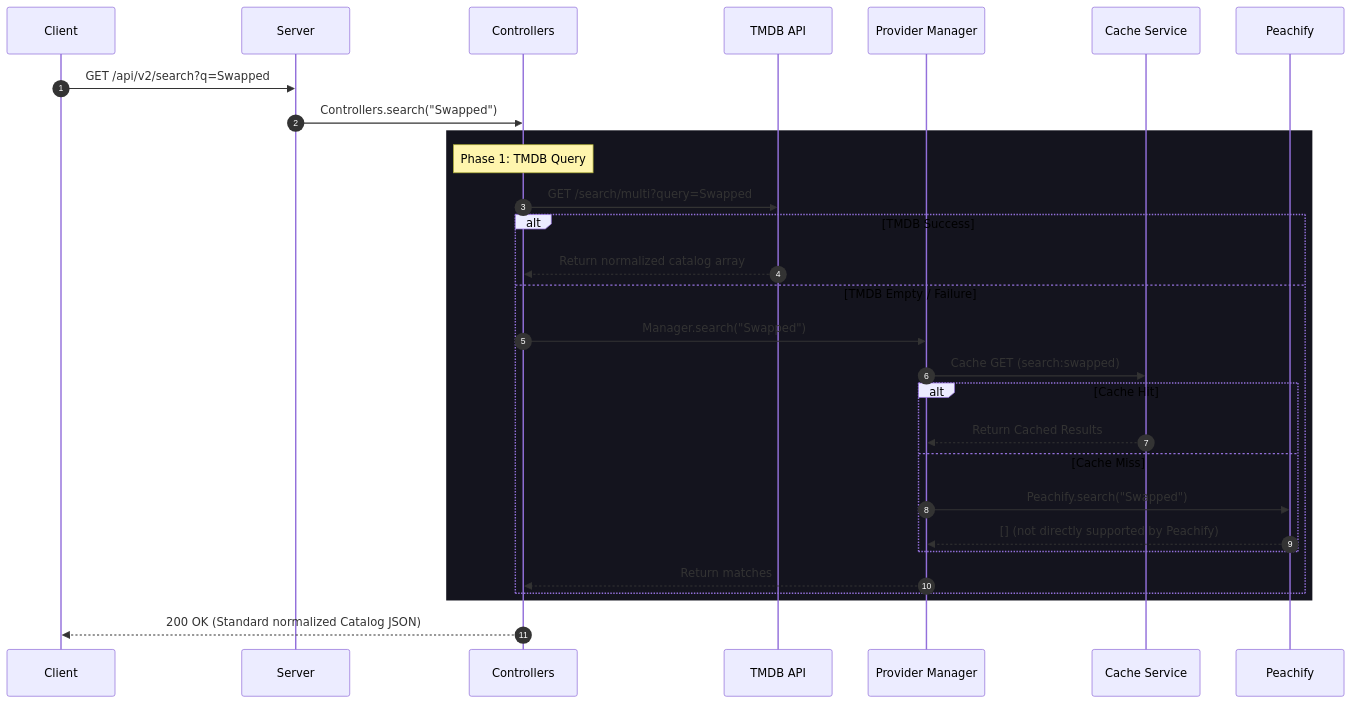
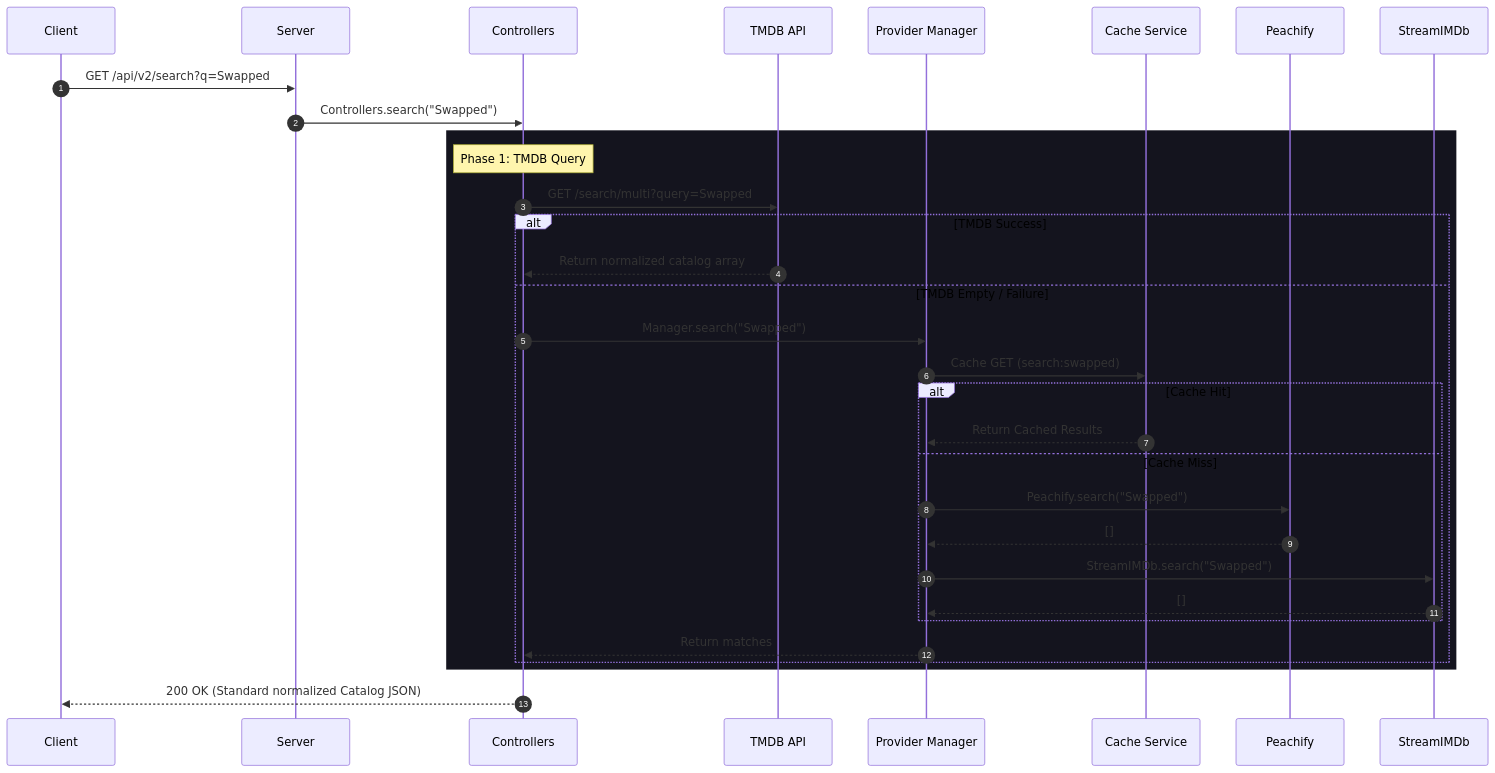
The second of 5 diagrams in api_flow_documentation.md (Kalaitechtubee/MovieZon-api), drawn with Mermaid before and after one commit. The commit also changed other lines of this file and 25 other files, not shown here.

````diff
--- a/api_flow_documentation.md
+++ b/api_flow_documentation.md
@@ -71,26 +79,28 @@
 ```mermaid
 sequenceDiagram
     autonumber
     Client->>Server: GET /api/v2/search?q=Swapped
     Server->>Controllers: Controllers.search("Swapped")
     
     rect rgb(20, 20, 30)
         Note over Controllers: Phase 1: TMDB Query
         Controllers->>TMDB API: GET /search/multi?query=Swapped
         alt TMDB Success
             TMDB API-->>Controllers: Return normalized catalog array
         else TMDB Empty / Failure
             Controllers->>Provider Manager: Manager.search("Swapped")
             Provider Manager->>Cache Service: Cache GET (search:swapped)
             alt Cache Hit
                 Cache Service-->>Provider Manager: Return Cached Results
             else Cache Miss
                 Provider Manager->>Peachify: Peachify.search("Swapped")
-                Peachify-->>Provider Manager: [] (not directly supported by Peachify)
+                Peachify-->>Provider Manager: []
+                Provider Manager->>StreamIMDb: StreamIMDb.search("Swapped")
+                StreamIMDb-->>Provider Manager: []
             end
             Provider Manager-->>Controllers: Return matches
         end
     end
     
     Controllers-->>Client: 200 OK (Standard normalized Catalog JSON)
 ```
````
